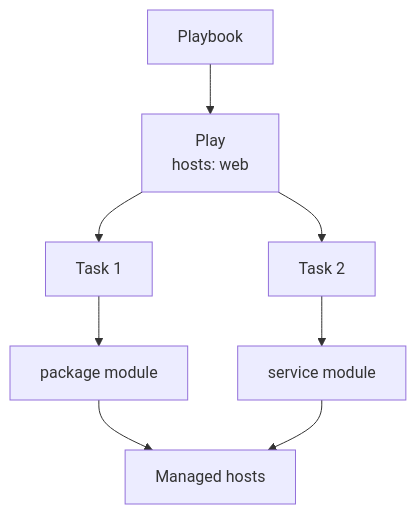
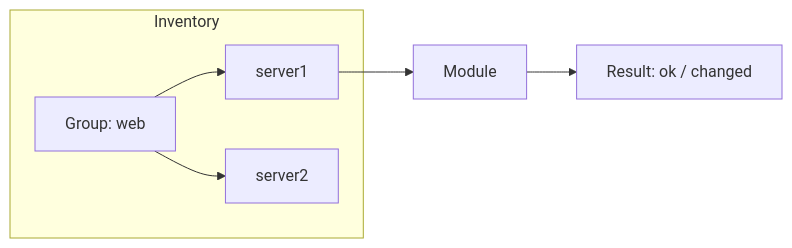
Before and after one commit to Ansible-workshop-ch/bootcamp: the first of 2 diagrams in module02/inventory-and-idempotency.md, drawn with Mermaid. The commit also changed other lines of this file and 1 other file, not shown here.

````diff
--- a/module02/inventory-and-idempotency.md
+++ b/module02/inventory-and-idempotency.md
@@ -53,8 +40,9 @@
 ```mermaid
-flowchart TD
-    PB[Playbook] --> PL[Play<br/>hosts: web]
-    PL --> T1[Task 1] --> M1[package module]
-    PL --> T2[Task 2] --> M2[service module]
-    M1 --> Hosts[Managed hosts]
-    M2 --> Hosts
+flowchart LR
+    subgraph INV[Inventory]
+        G[Group: web] --> H1[server1]
+        G --> H2[server2]
+    end
+    H1 --> M[Module]
+    M --> R[Result: ok / changed]
 ```
````
